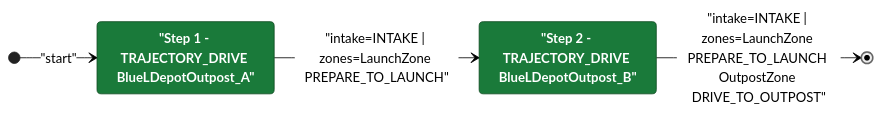
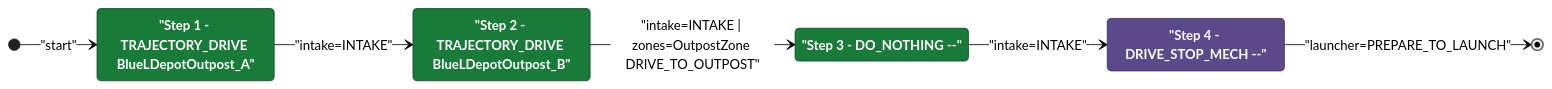
Before and after one commit to Team302/2026Rebuilt: the diagram in documents/auton/BlueTDepLaunch0DepOutScoreNCli.md, drawn with Mermaid (neutral theme). The commit also changed other lines of this file and 171 other files, not shown here.

First line of the commit message:
docs(auton): regenerate Mermaid diagrams [skip ci]

````diff
--- a/documents/auton/BlueTDepLaunch0DepOutScoreNCli.md
+++ b/documents/auton/BlueTDepLaunch0DepOutScoreNCli.md
@@ -8,18 +8,24 @@
 ```mermaid
 stateDiagram-v2
     direction LR
 
     %% Green = intake active, Purple = intake off
     classDef intake  fill:#1a7a3a,color:#ffffff,stroke:#0d4a1f,font-weight:bold
     classDef noIntake fill:#5a4a8a,color:#ffffff,stroke:#3a2a6a,font-weight:bold
 
     Step1 : "Step 1 - TRAJECTORY_DRIVE BlueLDepotOutpost_A"
     Step2 : "Step 2 - TRAJECTORY_DRIVE BlueLDepotOutpost_B"
+    Step3 : "Step 3 - DO_NOTHING --"
+    Step4 : "Step 4 - DRIVE_STOP_MECH --"
 
     class Step1 intake
     class Step2 intake
+    class Step3 intake
+    class Step4 noIntake
 
     [*] --> Step1 : "start"
-    Step1 --> Step2: "intake=INTAKE | zones=LaunchZone PREPARE_TO_LAUNCH"
-    Step2 --> [*]: "intake=INTAKE | zones=LaunchZone PREPARE_TO_LAUNCH OutpostZone DRIVE_TO_OUTPOST"
+    Step1 --> Step2: "intake=INTAKE"
+    Step2 --> Step3: "intake=INTAKE | zones=OutpostZone DRIVE_TO_OUTPOST"
+    Step3 --> Step4: "intake=INTAKE"
+    Step4 --> [*]: "launcher=PREPARE_TO_LAUNCH"
 ```
````
